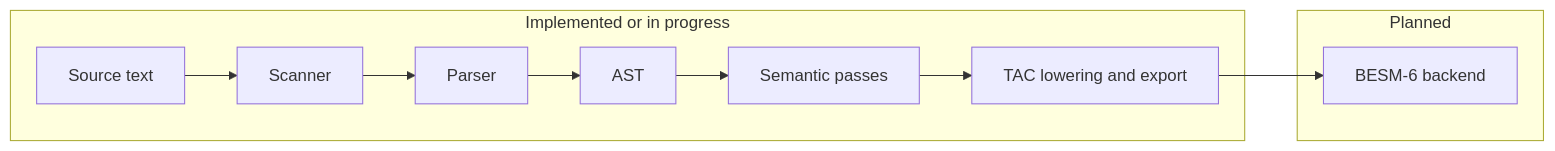
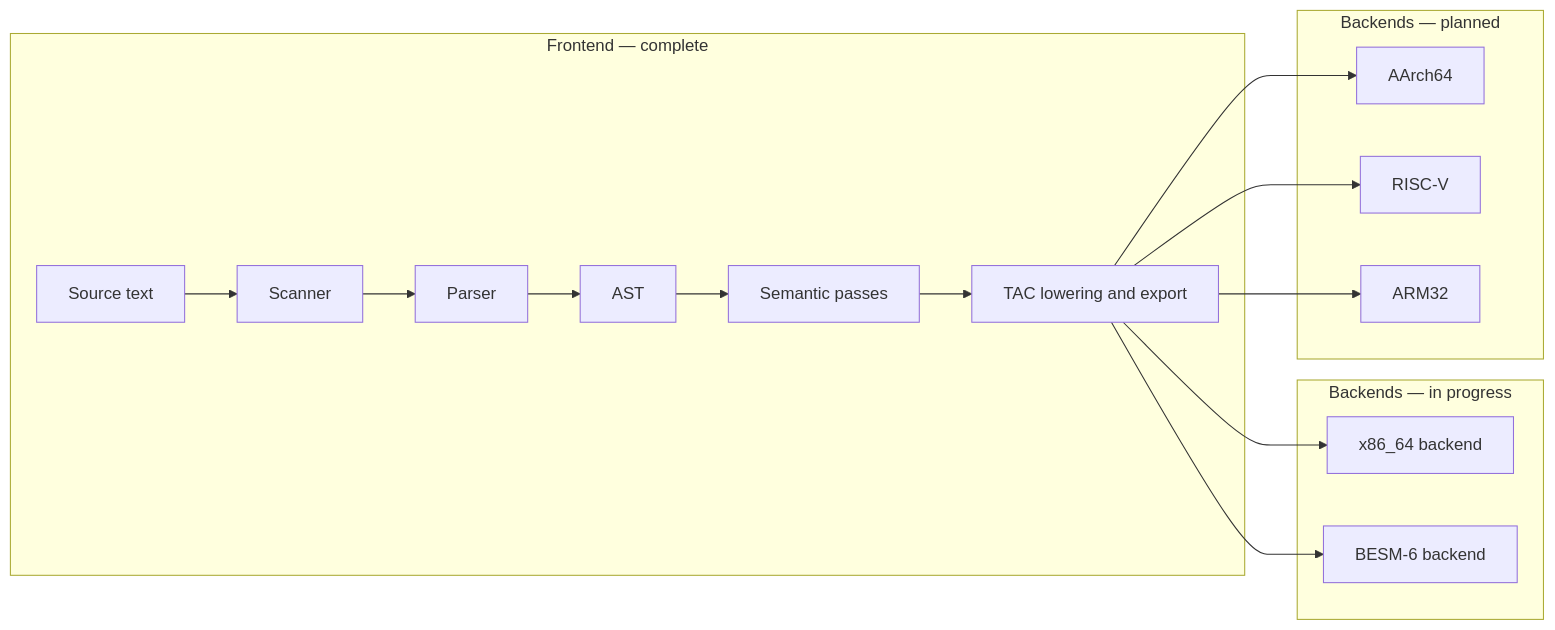
One commit to besm6/c-compiler changed the diagram in README.md. Above: the diagram before and after it, drawn with Mermaid. The commit also changed other lines of this file and 3 other files, not shown here.

````diff
--- a/README.md
+++ b/README.md
@@ -39,16 +43,26 @@
 ```mermaid
 flowchart LR
-    subgraph done [Implemented or in progress]
+    subgraph done [Frontend — complete]
         SourceCode[Source text]
         Scanner[Scanner]
         Parser[Parser]
         AST[AST]
         Semantic[Semantic passes]
         TACGen[TAC lowering and export]
         SourceCode --> Scanner --> Parser --> AST --> Semantic --> TACGen
     end
-    subgraph planned [Planned]
-        Backend[BESM-6 backend]
-        TACGen --> Backend
+    subgraph progress [Backends — in progress]
+        X86[x86_64 backend]
+        BESM6[BESM-6 backend]
+        TACGen --> X86
+        TACGen --> BESM6
+    end
+    subgraph future [Backends — planned]
+        AA64[AArch64]
+        RV[RISC-V]
+        A32[ARM32]
+        TACGen --> AA64
+        TACGen --> RV
+        TACGen --> A32
     end
 ```
````
